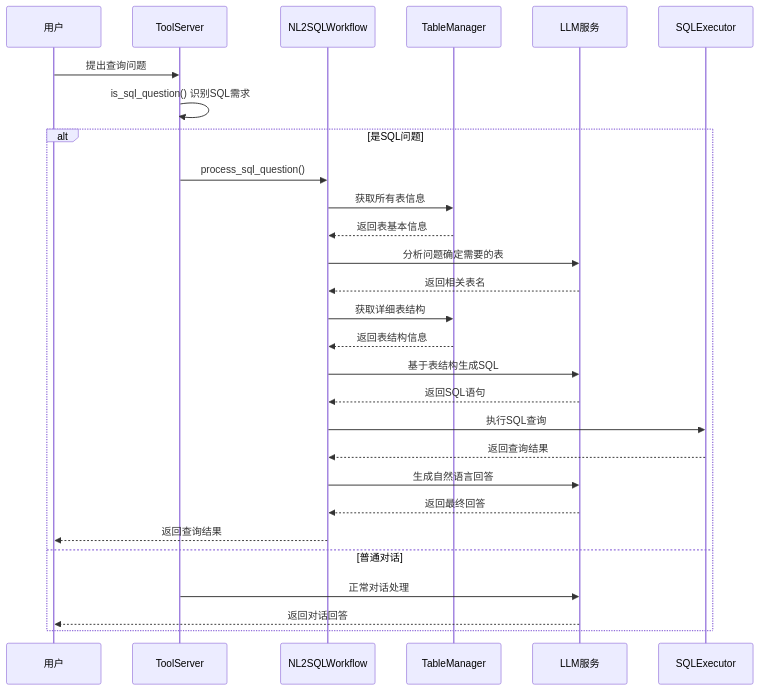
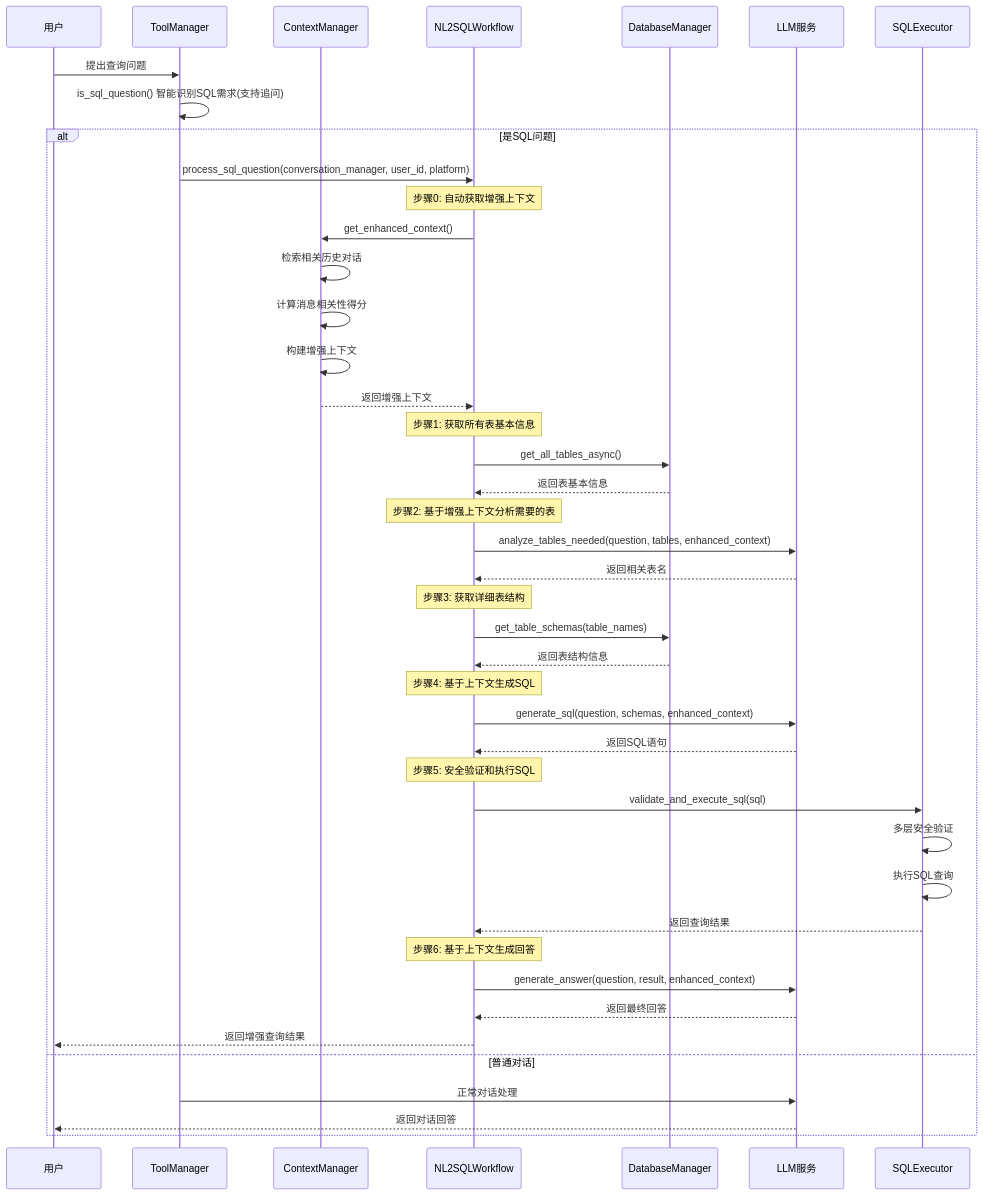
Before and after one commit to eogee/any4any: the first of 2 diagrams in docs/zh/NL2SQL智能查询系统说明文档.md, drawn with Mermaid. The commit also changed other lines of this file and 10 other files, not shown here.

````diff
--- a/docs/zh/NL2SQL智能查询系统说明文档.md
+++ b/docs/zh/NL2SQL智能查询系统说明文档.md
@@ -31,31 +35,54 @@
 ```mermaid
 sequenceDiagram
     participant User as 用户
-    participant TS as ToolServer
+    participant TM as ToolManager
+    participant CM as ContextManager
     participant WF as NL2SQLWorkflow
-    participant TM as TableManager
+    participant DBM as DatabaseManager
     participant LLM as LLM服务
     participant SE as SQLExecutor
 
-    User->>TS: 提出查询问题
-    TS->>TS: is_sql_question() 识别SQL需求
+    User->>TM: 提出查询问题
+    TM->>TM: is_sql_question() 智能识别SQL需求(支持追问)
     alt 是SQL问题
-        TS->>WF: process_sql_question()
-        WF->>TM: 获取所有表信息
-        TM-->>WF: 返回表基本信息
-        WF->>LLM: 分析问题确定需要的表
+        TM->>WF: process_sql_question(conversation_manager, user_id, platform)
+
+        Note over WF: 步骤0: 自动获取增强上下文
+        WF->>CM: get_enhanced_context()
+        CM->>CM: 检索相关历史对话
+        CM->>CM: 计算消息相关性得分
+        CM->>CM: 构建增强上下文
+        CM-->>WF: 返回增强上下文
+
+        Note over WF: 步骤1: 获取所有表基本信息
+        WF->>DBM: get_all_tables_async()
+        DBM-->>WF: 返回表基本信息
+
+        Note over WF: 步骤2: 基于增强上下文分析需要的表
+        WF->>LLM: analyze_tables_needed(question, tables, enhanced_context)
         LLM-->>WF: 返回相关表名
-        WF->>TM: 获取详细表结构
-        TM-->>WF: 返回表结构信息
-        WF->>LLM: 基于表结构生成SQL
+
+        Note over WF: 步骤3: 获取详细表结构
+        WF->>DBM: get_table_schemas(table_names)
+        DBM-->>WF: 返回表结构信息
+
+        Note over WF: 步骤4: 基于上下文生成SQL
+        WF->>LLM: generate_sql(question, schemas, enhanced_context)
         LLM-->>WF: 返回SQL语句
-        WF->>SE: 执行SQL查询
+
+        Note over WF: 步骤5: 安全验证和执行SQL
+        WF->>SE: validate_and_execute_sql(sql)
+        SE->>SE: 多层安全验证
+        SE->>SE: 执行SQL查询
         SE-->>WF: 返回查询结果
-        WF->>LLM: 生成自然语言回答
+
+        Note over WF: 步骤6: 基于上下文生成回答
+        WF->>LLM: generate_answer(question, result, enhanced_context)
         LLM-->>WF: 返回最终回答
-        WF-->>User: 返回查询结果
+
+        WF-->>User: 返回增强查询结果
     else 普通对话
-        TS->>LLM: 正常对话处理
+        TM->>LLM: 正常对话处理
         LLM-->>User: 返回对话回答
     end
 ```
````
